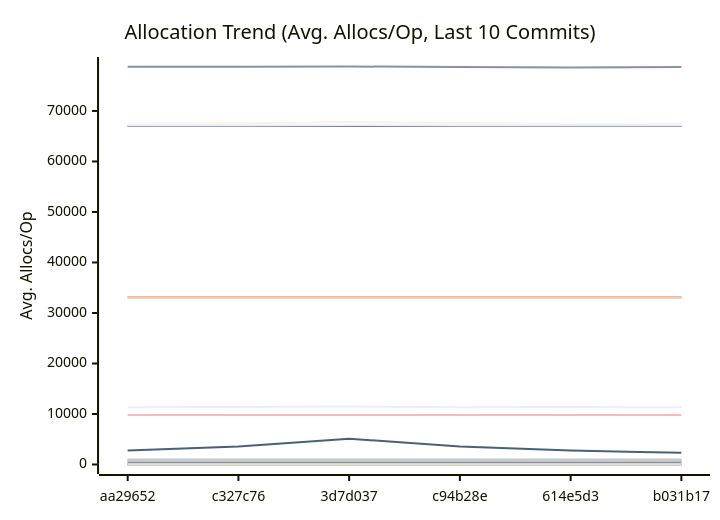
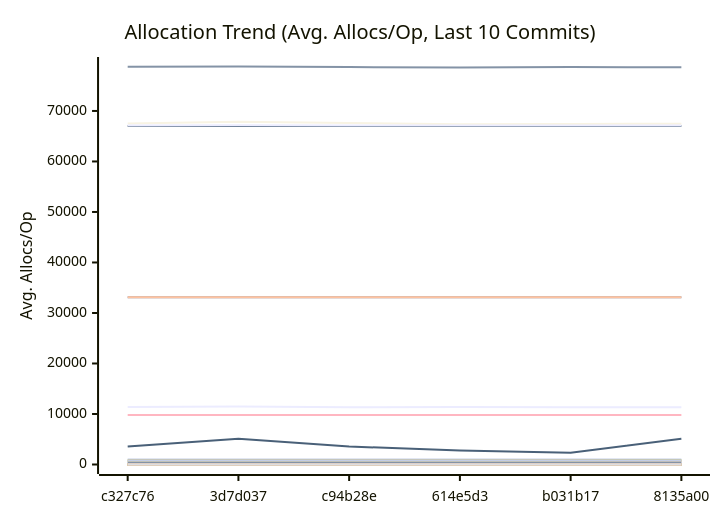
The third of 3 diagrams in docs/PERFORMANCE.md (alsotoes/momo), drawn with Mermaid before and after one commit. The commit also changed other lines of this file and 1 other file, not shown here.

````diff
--- a/docs/PERFORMANCE.md
+++ b/docs/PERFORMANCE.md
@@ -360,44 +360,44 @@
 ```mermaid
 xychart-beta
     title "Allocation Trend (Avg. Allocs/Op, Last 10 Commits)"
     x-axis "Commit"
     y-axis "Avg. Allocs/Op"
-    x-axis [aa29652,c327c76,3d7d037,c94b28e,614e5d3,b031b17]
-    line "AWSChunkedReaderSigned" [11357,11392,11480,11346,11370,11345,11319,11351,11392,11401]
-    line "AWSChunkedReaderUnsigned" [78751,78742,78802,78690,78621,78704,78640,78777,78804,78750]
+    x-axis [c327c76,3d7d037,c94b28e,614e5d3,b031b17,8135a00]
+    line "AWSChunkedReaderSigned" [11392,11480,11346,11370,11345,11319,11351,11392,11401,11341]
+    line "AWSChunkedReaderUnsigned" [78742,78802,78690,78621,78704,78640,78777,78804,78750,78733]
     line "CheckMetricsAndSwap" [0,0,0,0,0,0,0,0,0,0]
     line "CrushOptimized" [0,0,0,0,0,0,0,0,0,0]
     line "CrushOriginal" [3,3,3,3,3,3,3,3,3,3]
     line "FormatListObjectsV2XML_AppendFormat" [16,16,16,16,16,16,16,16,16,16]
     line "FormatListObjectsV2XML_OldFormat" [1000,1000,1000,1000,1000,1000,1000,1000,1000,1000]
     line "HashBytes/1MiB" [64,64,64,64,64,64,64,64,64,64]
     line "HashBytes/256MiB" [64,64,64,64,64,64,64,64,64,64]
     line "HashBytes/64MiB" [64,64,64,64,64,64,64,64,64,64]
     line "HashFile/1MiB" [33128,33128,33128,33128,33128,33128,33128,33128,33128,33128]
     line "HashFile/256MiB" [33128,33128,33128,33128,33128,33128,33128,33128,33128,33128]
     line "HashFile/64MiB" [33128,33128,33128,33128,33128,33128,33128,33128,33128,33128]
     line "IndexDirectTracking" [0,0,0,0,0,0,0,0,0,0]
     line "IndexSearch" [0,0,0,0,0,0,0,0,0,0]
     line "LastModifiedHeader_AppendFormat" [0,0,0,0,0,0,0,0,0,0]
     line "LastModifiedHeader_Format" [1,1,1,1,1,1,1,1,1,1]
     line "LoadGlobalConfig" [58,58,58,58,58,58,58,58,58,58]
-    line "LocalWrite/1MiB" [67046,67042,67042,67033,67031,67039,67040,67044,67048,67040]
-    line "LocalWrite/256MiB" [67449,67537,67838,67598,67348,67405,67488,67564,67569,67644]
-    line "LocalWrite/64MiB" [67134,67134,67169,67134,67099,67099,67127,67078,67158,67158]
+    line "LocalWrite/1MiB" [67042,67042,67033,67031,67039,67040,67044,67048,67040,67040]
+    line "LocalWrite/256MiB" [67537,67838,67598,67348,67405,67488,67564,67569,67644,67553]
+    line "LocalWrite/64MiB" [67134,67169,67134,67099,67099,67127,67078,67158,67158,67139]
     line "PadString" [1,1,1,1,1,1,1,1,1,1]
     line "ParseReplicationOrder_NoPrealloc" [6,6,6,6,6,5,5,5,5,5]
     line "ParseReplicationOrder_Prealloc" [2,2,2,2,2,1,1,1,1,1]
     line "Placement" [6,6,6,6,6,6,6,6,6,6]
     line "PlacementDomainSpread" [6,6,6,6,6,6,6,6,6,6]
-    line "ReadVerify/1MiB" [484,493,526,438,437,474,439,490,440,496]
+    line "ReadVerify/1MiB" [493,526,438,437,474,439,490,440,496,437]
     line "ReadVerify/256MiB" [9808,9808,9808,9808,9808,9808,9808,9808,9808,9808]
-    line "ReadVerify/64MiB" [2776,3557,5120,3557,2776,2307,5120,3557,5120,3557]
-    line "S3PutSpool/1MiB" [448,448,448,448,447,448,447,447,447,447]
+    line "ReadVerify/64MiB" [3557,5120,3557,2776,2307,5120,3557,5120,3557,3557]
+    line "S3PutSpool/1MiB" [448,448,448,447,448,447,447,447,447,447]
     line "S3PutSpool/256MiB" [448,448,448,448,448,448,448,448,448,448]
     line "S3PutSpool/64MiB" [448,448,448,448,448,448,448,448,448,448]
     line "SanitizeLog/Safe" [0,0,0,0,0,0,0,0,0,0]
     line "SanitizeLog/Unsafe" [1,1,1,1,1,1,1,1,1,1]
-    line "TrustedRead/1MiB" [800,800,800,800,800,800,858,800,800,800]
+    line "TrustedRead/1MiB" [800,800,800,800,800,858,800,800,800,800]
     line "TrustedRead/256MiB" [800,800,800,800,800,800,800,800,800,800]
     line "TrustedRead/64MiB" [800,800,800,800,800,800,800,800,800,800]
 ```
````
